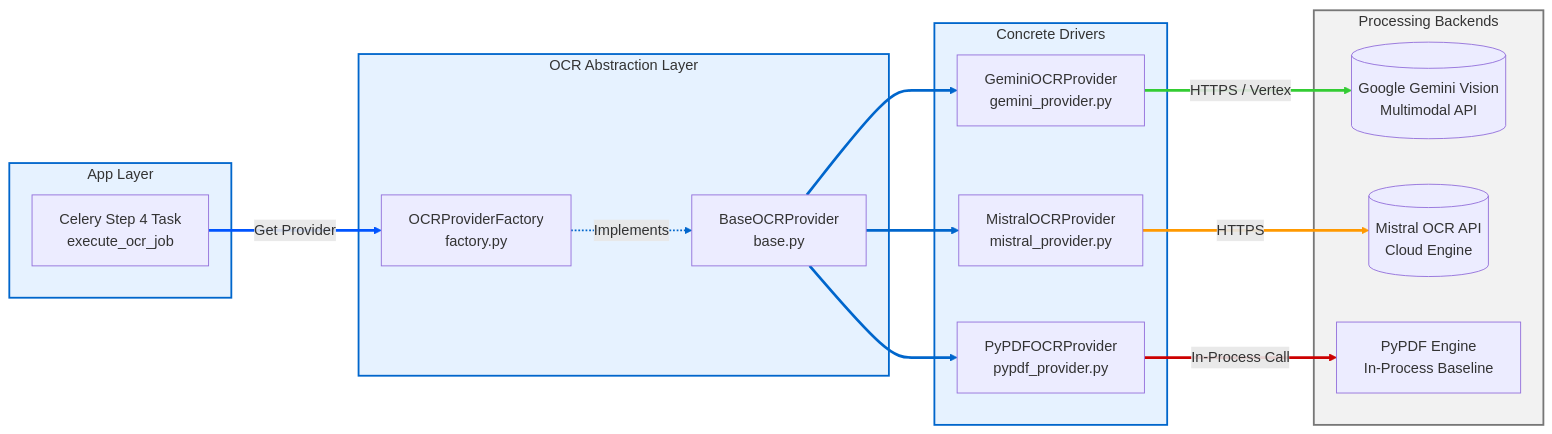
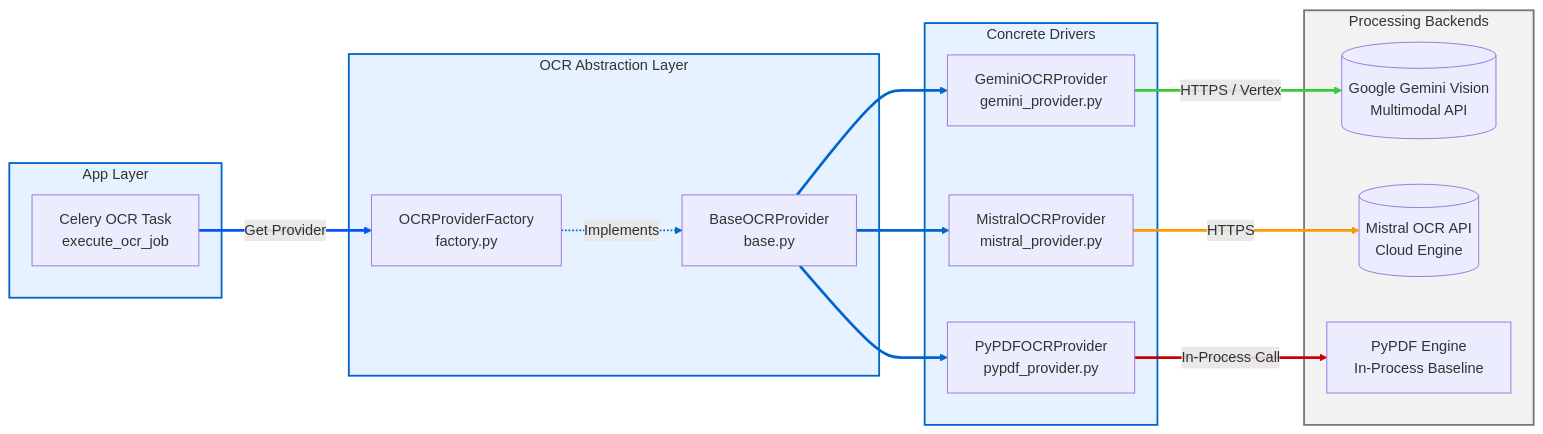
One commit to p4ku/research-intelligence changed the diagram in docs/diagrams/ocr_providers.mmd. Above: the diagram before and after it, drawn with Mermaid. The commit also changed 25 other files, not shown here.

```diff
--- a/docs/diagrams/ocr_providers.mmd
+++ b/docs/diagrams/ocr_providers.mmd
@@ -1,44 +1,44 @@
 graph LR
     subgraph Caller ["App Layer"]
-        caller[Celery Step 4 Task <br> execute_ocr_job]
+        caller[Celery OCR Task <br> execute_ocr_job]
     end
     style Caller fill:#e6f2ff,stroke:#0066cc,stroke-width:2px
 
     subgraph Interface ["OCR Abstraction Layer"]
         factory[OCRProviderFactory <br> factory.py]
         interface[BaseOCRProvider <br> base.py]
     end
     style Interface fill:#e6f2ff,stroke:#0066cc,stroke-width:2px
 
     subgraph Drivers ["Concrete Drivers"]
         gemini_ocr[GeminiOCRProvider <br> gemini_provider.py]
         mistral[MistralOCRProvider <br> mistral_provider.py]
         pypdf[PyPDFOCRProvider <br> pypdf_provider.py]
     end
     style Drivers fill:#e6f2ff,stroke:#0066cc,stroke-width:2px
 
     subgraph Backend ["Processing Backends"]
         gemini_api[(Google Gemini Vision <br> Multimodal API)]
         mistral_api[(Mistral OCR API <br> Cloud Engine)]
         pypdf_eng[PyPDF Engine <br> In-Process Baseline]
     end
     style Backend fill:#f2f2f2,stroke:#777777,stroke-width:2px
 
     caller ==>|Get Provider| factory
     factory -.->|Implements| interface
     interface ==> gemini_ocr
     interface ==> mistral
     interface ==> pypdf
 
     gemini_ocr ==>|HTTPS / Vertex| gemini_api
     mistral ==>|HTTPS| mistral_api
     pypdf ==>|In-Process Call| pypdf_eng
 
     linkStyle 0 stroke:#0055ff,stroke-width:3px;
     linkStyle 1 stroke:#0066cc,stroke-width:2px;
     linkStyle 2 stroke:#0066cc,stroke-width:3px;
     linkStyle 3 stroke:#0066cc,stroke-width:3px;
     linkStyle 4 stroke:#0066cc,stroke-width:3px;
     linkStyle 5 stroke:#33cc33,stroke-width:3px;
     linkStyle 6 stroke:#ff9900,stroke-width:3px;
     linkStyle 7 stroke:#cc0000,stroke-width:3px;
```
